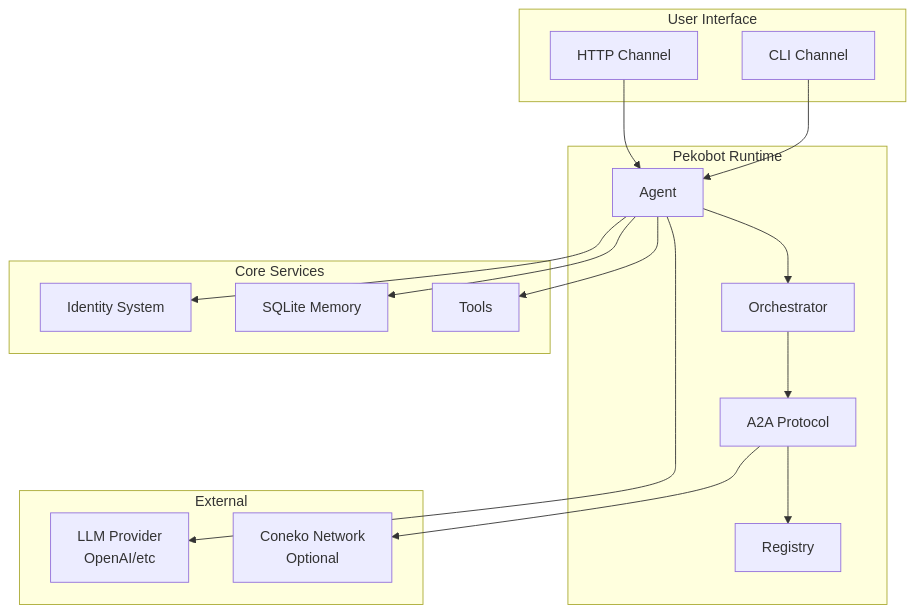
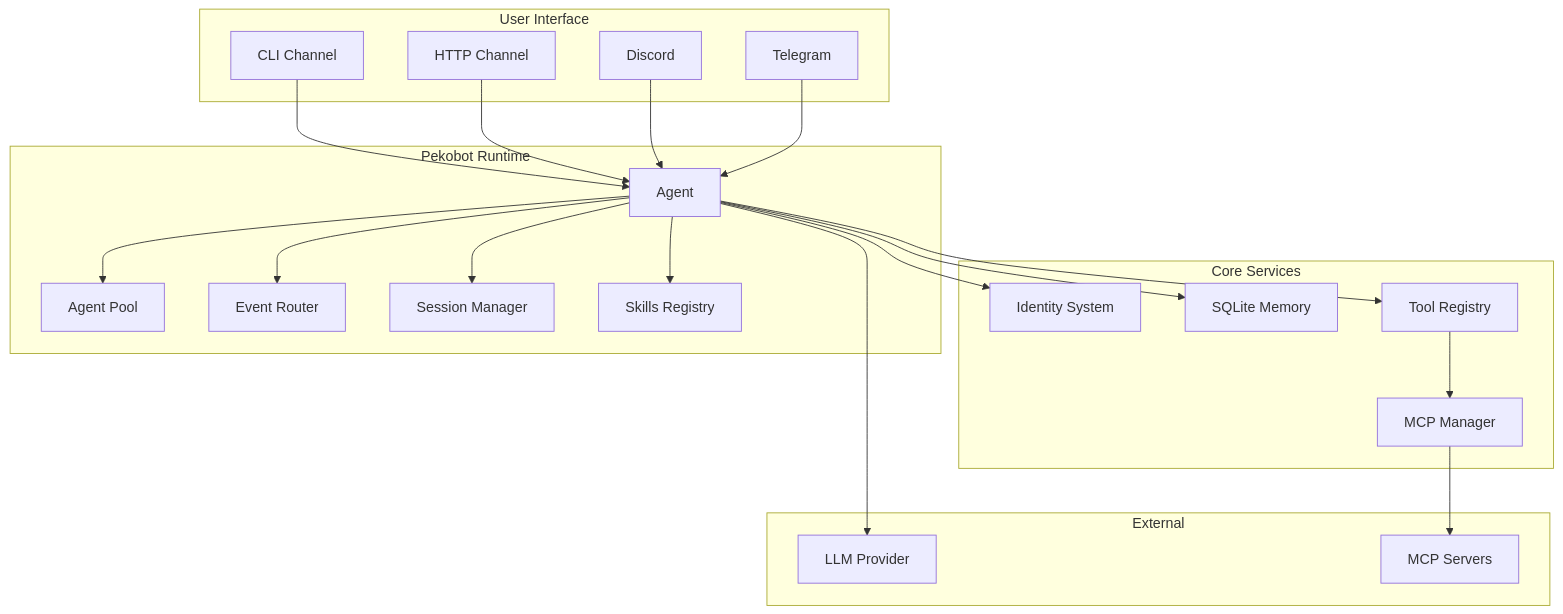
Before and after one commit to ConekoAI/peko-runtime: the first of 9 diagrams in docs/dev/ARCHITECTURE.md, drawn with Mermaid. The commit also changed other lines of this file and 1 other file, not shown here.

First line of the commit message:
docs: Update documentation to reflect current architecture

````diff
--- a/docs/dev/ARCHITECTURE.md
+++ b/docs/dev/ARCHITECTURE.md
@@ -20,38 +29,44 @@
 ```mermaid
 graph TB
     subgraph "User Interface"
         CLI[CLI Channel]
         HTTP[HTTP Channel]
+        DISCORD[Discord]
+        TELEGRAM[Telegram]
     end
 
     subgraph "Pekobot Runtime"
         AGENT[Agent]
-        ORCH[Orchestrator]
-        A2A[A2A Protocol]
-        REG[Registry]
+        POOL[Agent Pool]
+        ROUTER[Event Router]
+        SESSION[Session Manager]
+        SKILLS[Skills Registry]
     end
 
     subgraph "Core Services"
         ID[Identity System]
         MEM[SQLite Memory]
-        TOOLS[Tools]
+        TOOLS[Tool Registry]
+        MCP[MCP Manager]
     end
 
     subgraph "External"
-        LLM[LLM Provider
-        OpenAI/etc]
-        CONEKO[Coneko Network
-        Optional]
+        LLM[LLM Provider]
+        MCPS[MCP Servers]
     end
 
     CLI --> AGENT
     HTTP --> AGENT
-    AGENT --> ORCH
-    ORCH --> A2A
-    A2A --> REG
+    DISCORD --> AGENT
+    TELEGRAM --> AGENT
+    AGENT --> POOL
+    AGENT --> ROUTER
+    AGENT --> SESSION
+    AGENT --> SKILLS
     AGENT --> ID
     AGENT --> MEM
     AGENT --> TOOLS
     AGENT --> LLM
-    A2A --> CONEKO
+    TOOLS --> MCP
+    MCP --> MCPS
 ```
````
